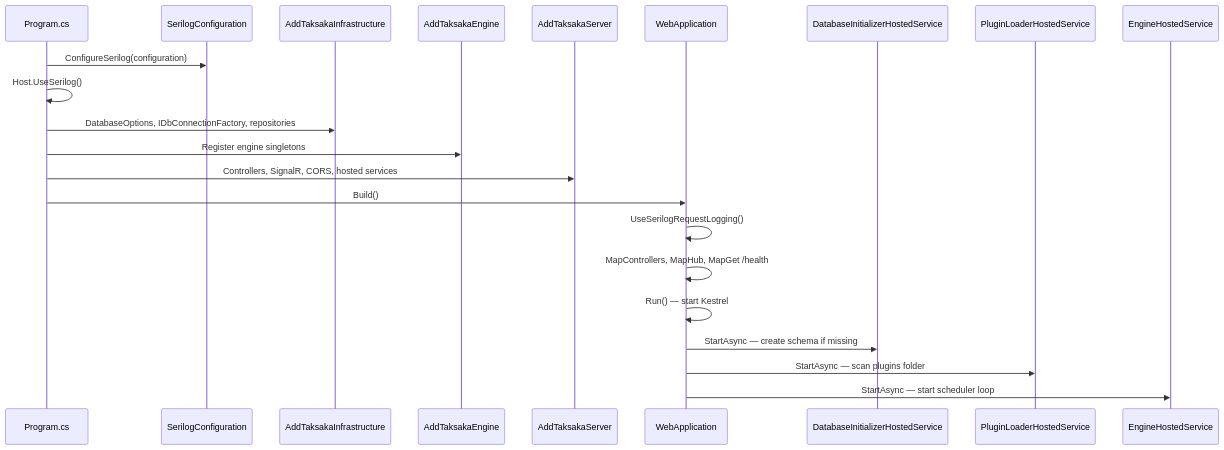
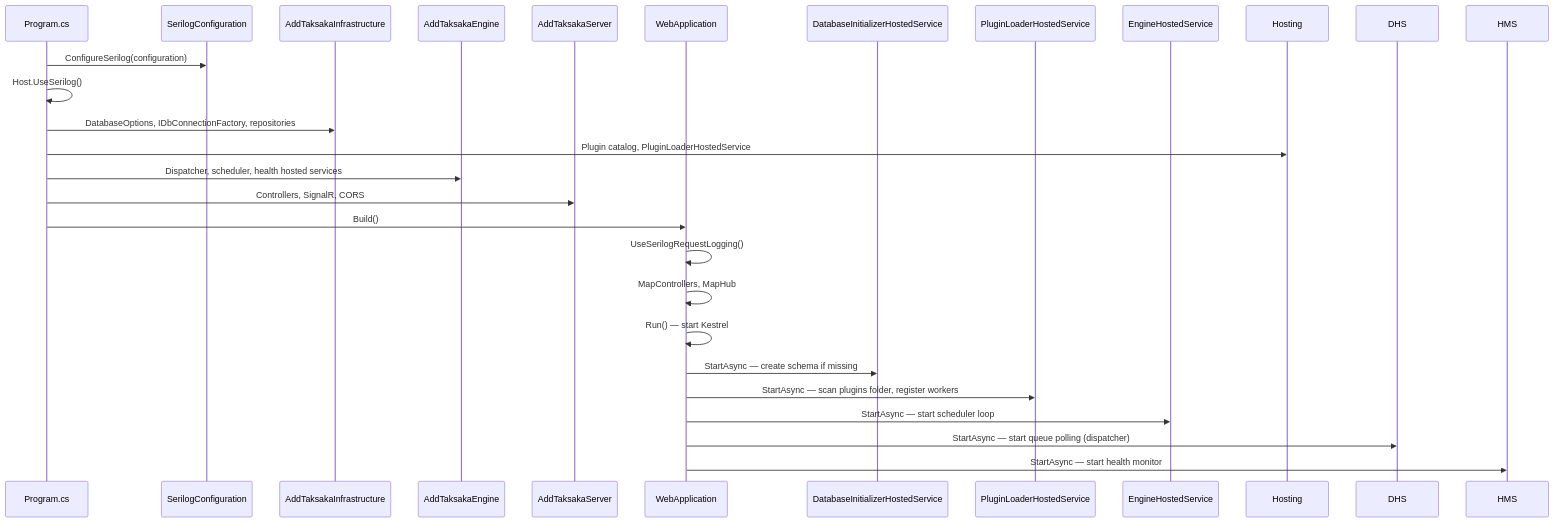
One commit to smart-ics/b09-bilreg-api changed the first of 5 diagrams in docs/taksaka/05-architecture-runtime.md. Above: the diagram before and after it, drawn with Mermaid. The commit also changed other lines of this file and 32 other files, not shown here.

````diff
--- a/docs/taksaka/05-architecture-runtime.md
+++ b/docs/taksaka/05-architecture-runtime.md
@@ -26,25 +26,28 @@
 ```mermaid
 sequenceDiagram
     participant Main as Program.cs
     participant Serilog as SerilogConfiguration
     participant Infra as AddTaksakaInfrastructure
     participant Engine as AddTaksakaEngine
     participant Server as AddTaksakaServer
     participant Host as WebApplication
     participant DIH as DatabaseInitializerHostedService
     participant PHS as PluginLoaderHostedService
     participant EHS as EngineHostedService
 
     Main->>Serilog: ConfigureSerilog(configuration)
     Main->>Main: Host.UseSerilog()
     Main->>Infra: DatabaseOptions, IDbConnectionFactory, repositories
-    Main->>Engine: Register engine singletons
-    Main->>Server: Controllers, SignalR, CORS, hosted services
+    Main->>Hosting: Plugin catalog, PluginLoaderHostedService
+    Main->>Engine: Dispatcher, scheduler, health hosted services
+    Main->>Server: Controllers, SignalR, CORS
     Main->>Host: Build()
     Host->>Host: UseSerilogRequestLogging()
-    Host->>Host: MapControllers, MapHub, MapGet /health
+    Host->>Host: MapControllers, MapHub
     Host->>Host: Run() — start Kestrel
     Host->>DIH: StartAsync — create schema if missing
-    Host->>PHS: StartAsync — scan plugins folder
+    Host->>PHS: StartAsync — scan plugins folder, register workers
     Host->>EHS: StartAsync — start scheduler loop
+    Host->>DHS: StartAsync — start queue polling (dispatcher)
+    Host->>HMS: StartAsync — start health monitor
 ```
````
